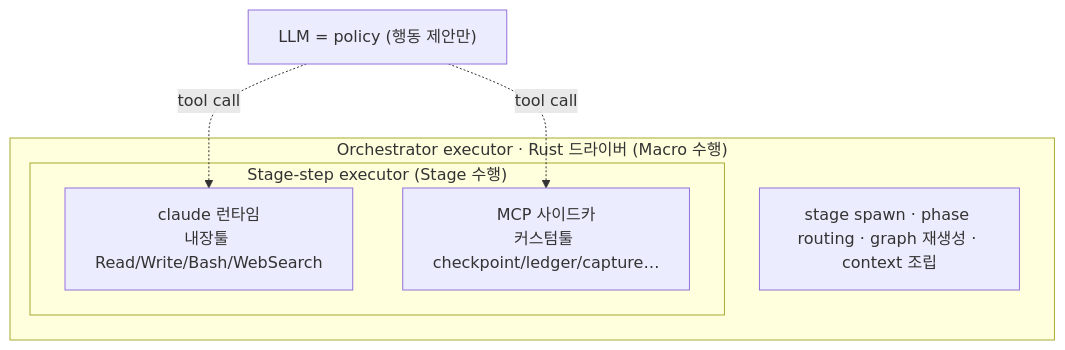
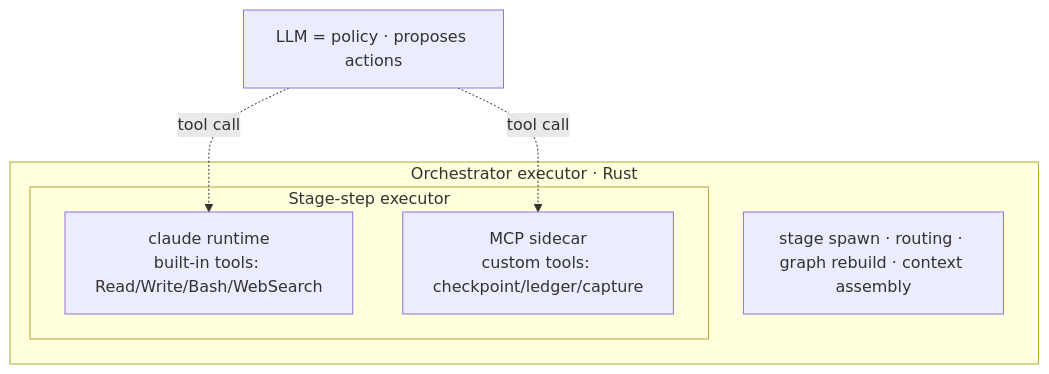
Before and after one commit to JiHyuk-Byun/research-llm: the fifth of 9 diagrams in docs/research-agent-architecture.md, drawn with Mermaid. The commit also changed other lines of this file, not shown here.

First line of the commit message:
docs: rewrite architecture report in English, focused on agent building blocks

````diff
--- a/docs/research-agent-architecture.md
+++ b/docs/research-agent-architecture.md
@@ -338,13 +192,13 @@
 ```mermaid
 flowchart TD
-    LLM["LLM = policy (행동 제안만)"]
-    subgraph ORCH["Orchestrator executor · Rust 드라이버 (Macro 수행)"]
-      O["stage spawn · phase routing · graph 재생성 · context 조립"]
-      subgraph STEP["Stage-step executor (Stage 수행)"]
-        CR["claude 런타임<br/>내장툴 Read/Write/Bash/WebSearch"]
-        SC["MCP 사이드카<br/>커스텀툴 checkpoint/ledger/capture…"]
+    LLM["LLM = policy · proposes actions"]
+    subgraph ORCH["Orchestrator executor · Rust"]
+      O["stage spawn · routing · graph rebuild · context assembly"]
+      subgraph STEP["Stage-step executor"]
+        CR["claude runtime<br/>built-in tools: Read/Write/Bash/WebSearch"]
+        SC["MCP sidecar<br/>custom tools: checkpoint/ledger/capture"]
       end
     end
     LLM -.->|"tool call"| CR
     LLM -.->|"tool call"| SC
 ```
````
